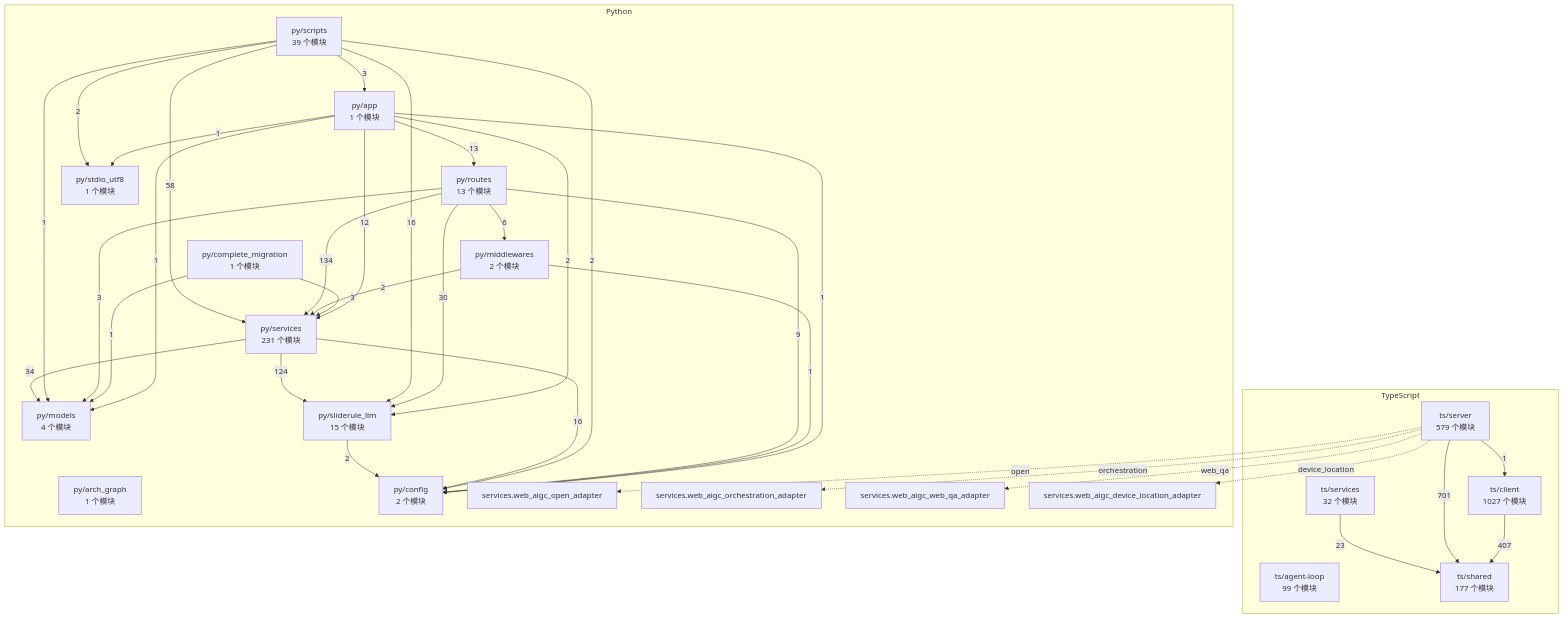
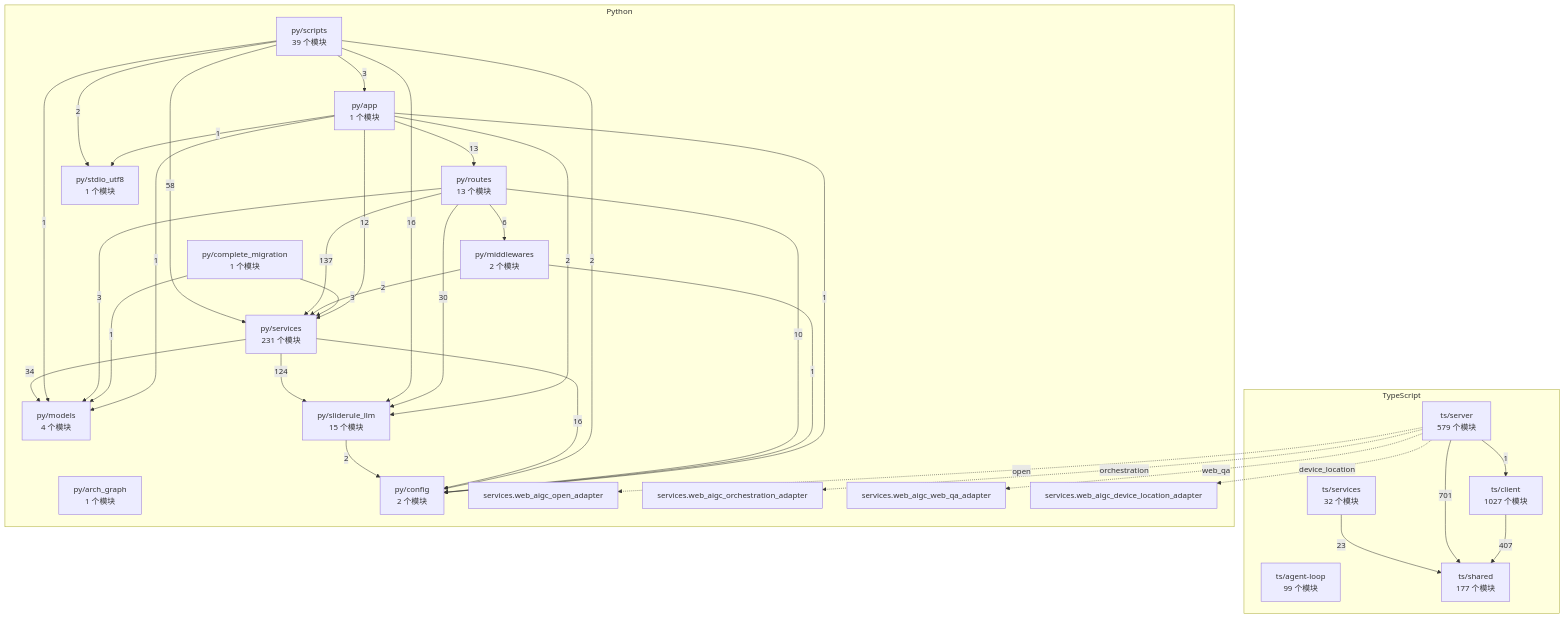
The diagram in docs/WhyBuddy 全仓架构图（自动生成）.md (2686521696/WhyBuddy), drawn with Mermaid before and after one commit. The commit also changed 5 other files, not shown here.

Commit message:
fix(architecture): consume project contracts and record runtime evidence

````diff
--- a/docs/WhyBuddy 全仓架构图（自动生成）.md
+++ b/docs/WhyBuddy 全仓架构图（自动生成）.md
@@ -14,60 +14,60 @@
 ```mermaid
 flowchart TB
   subgraph ts [TypeScript]
     ts_agent_loop["ts/agent-loop<br/>99 个模块"]
     ts_client["ts/client<br/>1027 个模块"]
     ts_server["ts/server<br/>579 个模块"]
     ts_services["ts/services<br/>32 个模块"]
     ts_shared["ts/shared<br/>177 个模块"]
   end
   subgraph py [Python]
     py_app["py/app<br/>1 个模块"]
     py_arch_graph["py/arch_graph<br/>1 个模块"]
     py_complete_migration["py/complete_migration<br/>1 个模块"]
     py_config["py/config<br/>2 个模块"]
     py_middlewares["py/middlewares<br/>2 个模块"]
     py_models["py/models<br/>4 个模块"]
     py_routes["py/routes<br/>13 个模块"]
     py_scripts["py/scripts<br/>39 个模块"]
     py_services["py/services<br/>231 个模块"]
     py_sliderule_llm["py/sliderule_llm<br/>15 个模块"]
     py_stdio_utf8["py/stdio_utf8<br/>1 个模块"]
     py_services_web_aigc_open_adapter["services.web_aigc_open_adapter"]
     py_services_web_aigc_orchestration_adapter["services.web_aigc_orchestration_adapter"]
     py_services_web_aigc_web_qa_adapter["services.web_aigc_web_qa_adapter"]
     py_services_web_aigc_device_location_adapter["services.web_aigc_device_location_adapter"]
   end
   ts_client -->|407| ts_shared
   ts_server -->|1| ts_client
   ts_server -->|701| ts_shared
   ts_services -->|23| ts_shared
   py_app -->|1| py_config
   py_app -->|1| py_models
   py_app -->|13| py_routes
   py_app -->|12| py_services
   py_app -->|2| py_sliderule_llm
   py_app -->|1| py_stdio_utf8
   py_complete_migration -->|1| py_models
   py_complete_migration -->|3| py_services
   py_middlewares -->|1| py_config
   py_middlewares -->|2| py_services
-  py_routes -->|9| py_config
+  py_routes -->|10| py_config
   py_routes -->|6| py_middlewares
   py_routes -->|3| py_models
-  py_routes -->|134| py_services
+  py_routes -->|137| py_services
   py_routes -->|30| py_sliderule_llm
   py_scripts -->|3| py_app
   py_scripts -->|2| py_config
   py_scripts -->|1| py_models
   py_scripts -->|58| py_services
   py_scripts -->|16| py_sliderule_llm
   py_scripts -->|2| py_stdio_utf8
   py_services -->|16| py_config
   py_services -->|34| py_models
   py_services -->|124| py_sliderule_llm
   py_sliderule_llm -->|2| py_config
   ts_server -.->|open| py_services_web_aigc_open_adapter
   ts_server -.->|orchestration| py_services_web_aigc_orchestration_adapter
   ts_server -.->|web_qa| py_services_web_aigc_web_qa_adapter
   ts_server -.->|device_location| py_services_web_aigc_device_location_adapter
 ```
````
